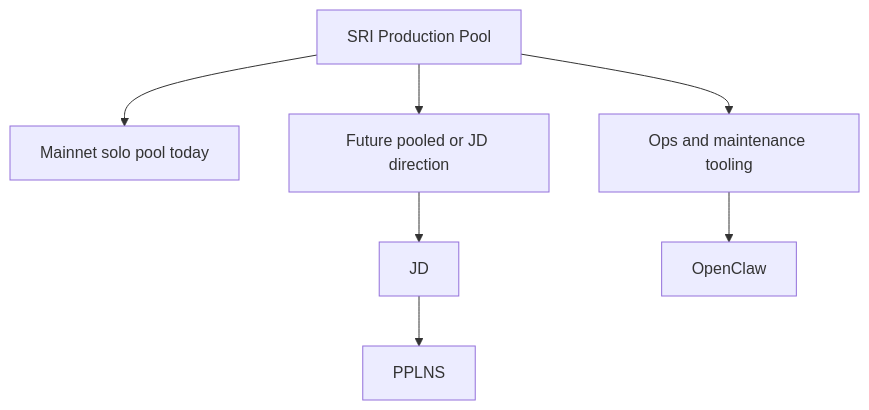
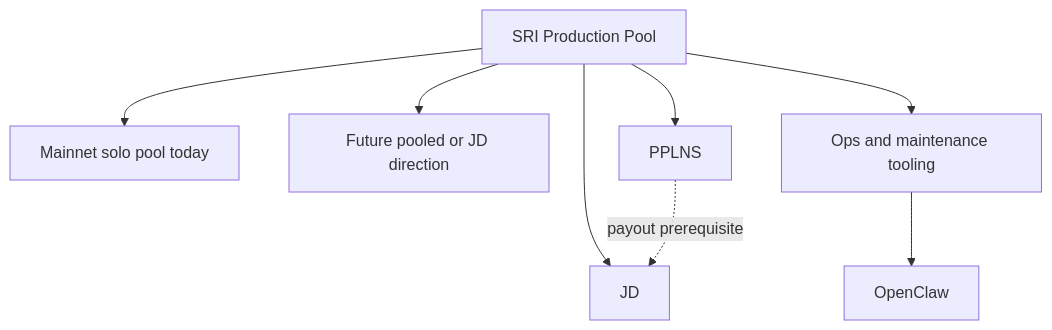
One commit to plebhash/obsidian changed the diagram in 15 Projects/SRI Production Pool.md. Above: the diagram before and after it, drawn with Mermaid. The commit also changed other lines of this file and 6 other files, not shown here.

````diff
--- a/15 Projects/SRI Production Pool.md
+++ b/15 Projects/SRI Production Pool.md
@@ -61,9 +65,10 @@
 ```mermaid
 flowchart TD
     A["SRI Production Pool"] --> B["Mainnet solo pool today"]
     A --> C["Future pooled or JD direction"]
-    C --> D["JD"]
-    D --> E["PPLNS"]
+    A --> D["JD"]
+    A --> E["PPLNS"]
     A --> F["Ops and maintenance tooling"]
     F --> G["OpenClaw"]
+    E -. "payout prerequisite" .-> D
 ```
````
